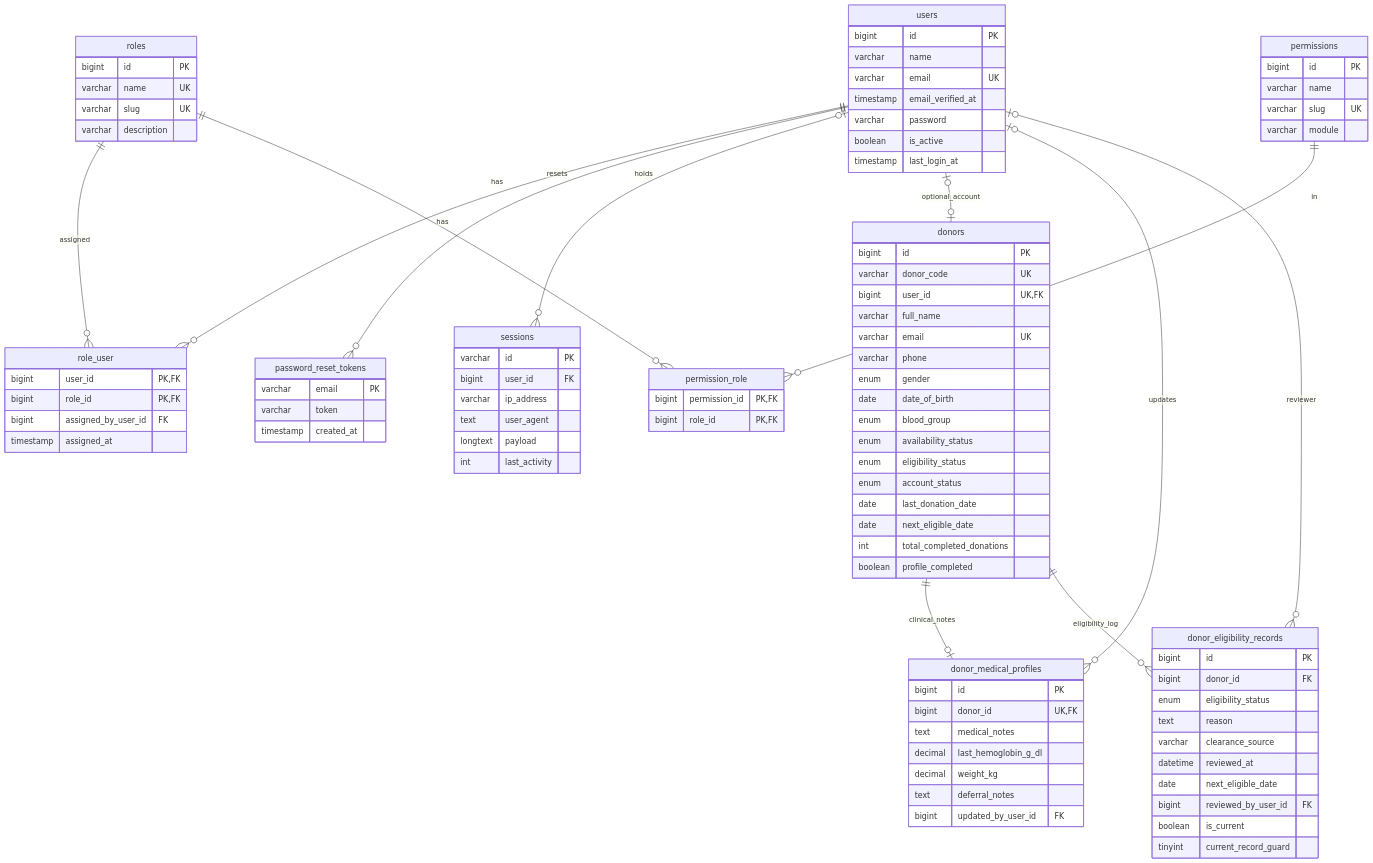
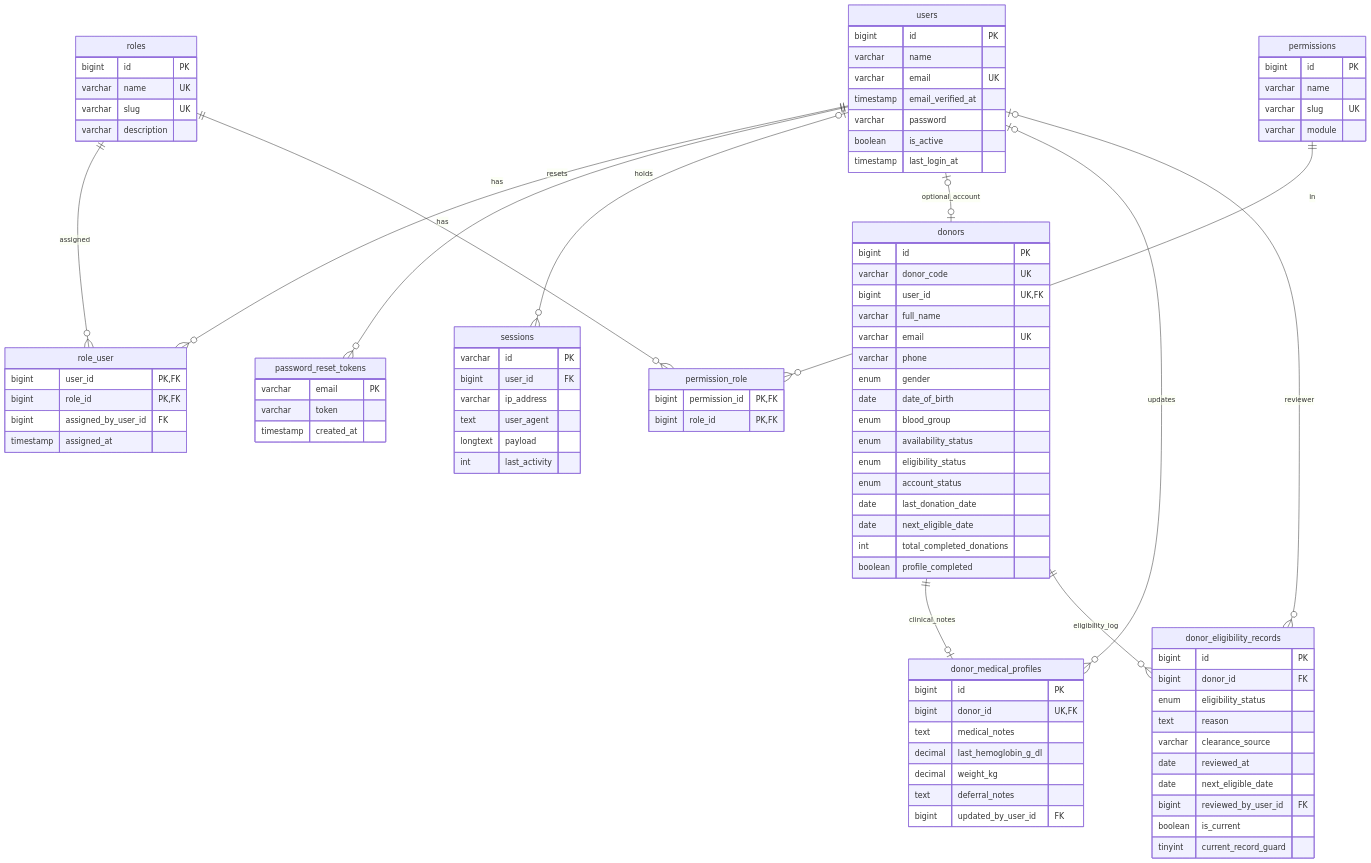
Before and after one commit to makarmee/BloodDonorMatchingSystem: the second of 5 diagrams in docs/database-design/ERD.md, drawn with Mermaid. The commit also changed 61 other files, not shown here.

Commit message:
feat: add data models, factories, seeders, and ERD documentation for blood donation management system

```diff
--- a/docs/database-design/ERD.md
+++ b/docs/database-design/ERD.md
@@ -177,7 +177,7 @@
         enum eligibility_status
         text reason
         varchar clearance_source
-        datetime reviewed_at
+        date reviewed_at
         date next_eligible_date
         bigint reviewed_by_user_id FK
         boolean is_current
```
